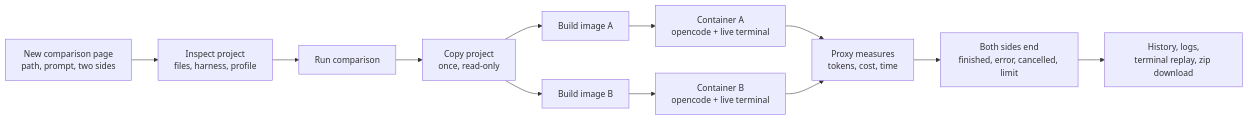
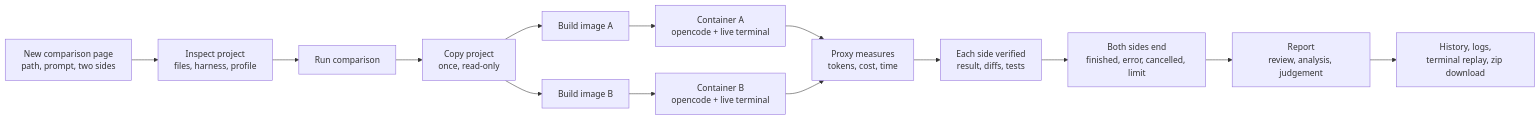
One commit to jmrona/ai-compare changed the diagram in doc/01-product.md. Above: the diagram before and after it, drawn with Mermaid. The commit also changed other lines of this file and 20 other files, not shown here.

````diff
--- a/doc/01-product.md
+++ b/doc/01-product.md
@@ -38,12 +40,14 @@
 ```mermaid
 flowchart LR
   A[New comparison page<br/>path, prompt, two sides] --> B[Inspect project<br/>files, harness, profile]
   B --> C[Run comparison]
   C --> D[Copy project<br/>once, read-only]
   D --> E1[Build image A] & E2[Build image B]
   E1 --> F1[Container A<br/>opencode + live terminal]
   E2 --> F2[Container B<br/>opencode + live terminal]
   F1 & F2 --> G[Proxy measures<br/>tokens, cost, time]
-  G --> H[Both sides end<br/>finished, error, cancelled, limit]
-  H --> I[History, logs,<br/>terminal replay, zip download]
+  G --> V[Each side verified<br/>result, diffs, tests]
+  V --> H[Both sides end<br/>finished, error, cancelled, limit]
+  H --> R[Report<br/>review, analysis, judgement]
+  R --> I[History, logs,<br/>terminal replay, zip download]
 ```
````
